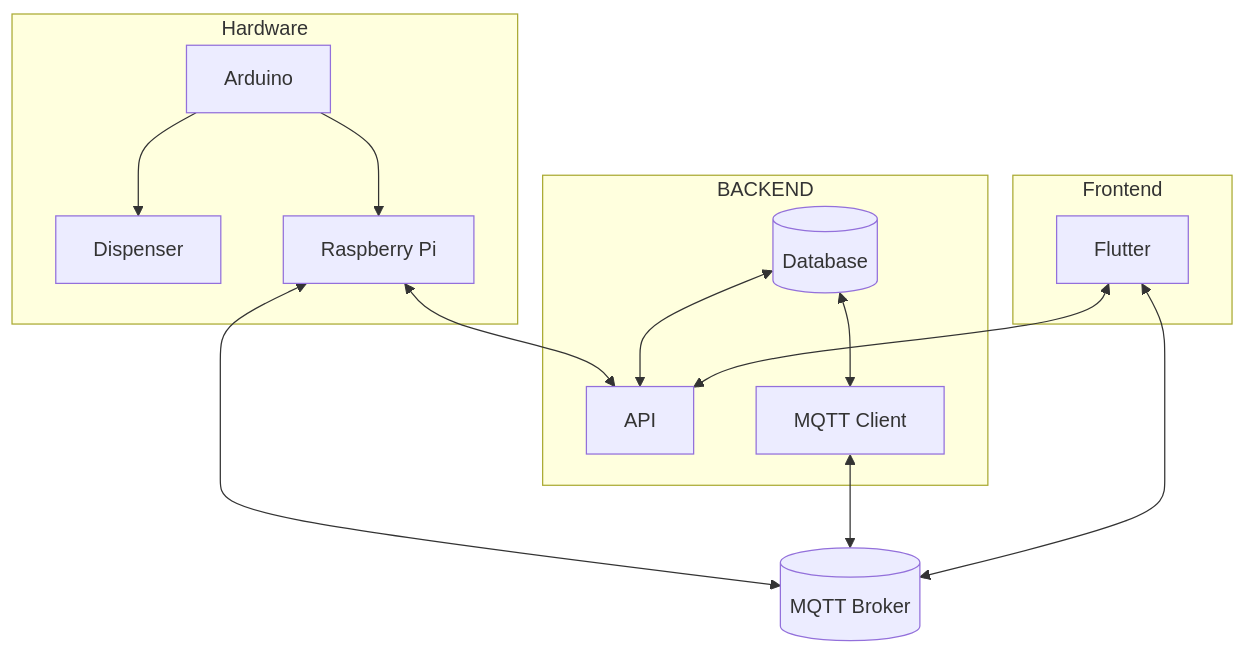
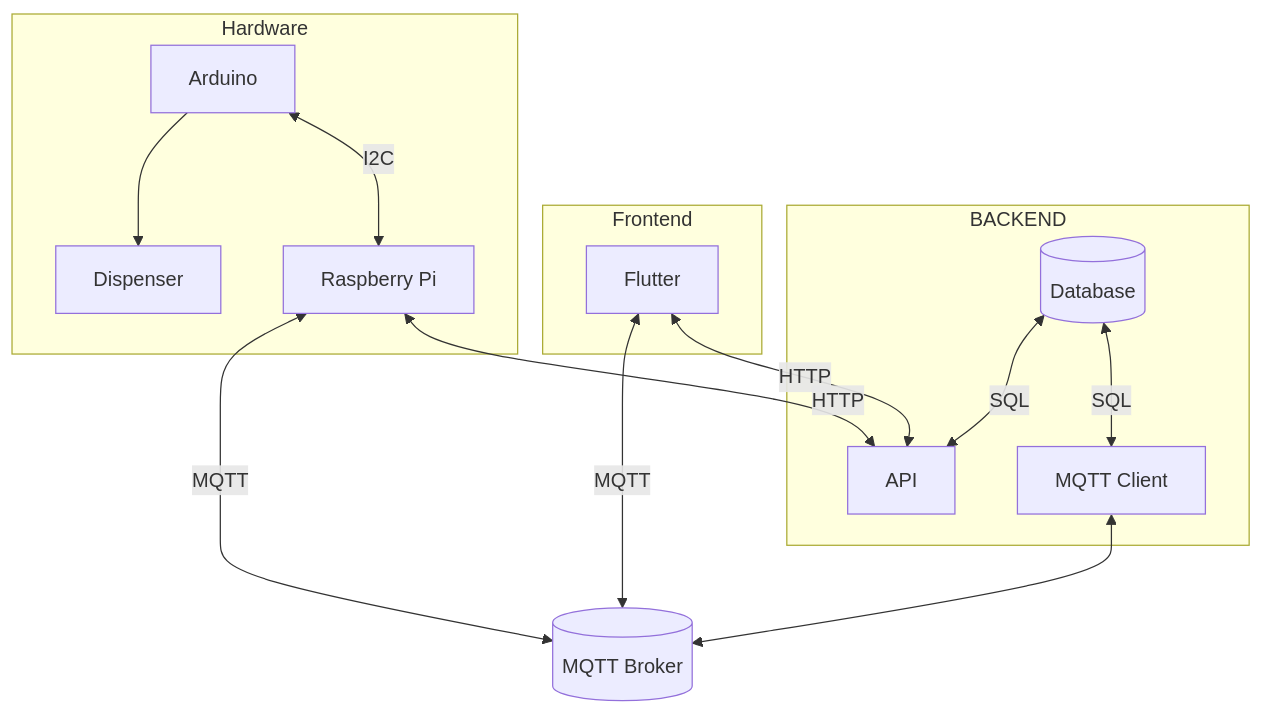
One commit to HealthHubert/.github changed the diagram in profile/README.md. Above: the diagram before and after it, drawn with Mermaid.

````diff
--- a/profile/README.md
+++ b/profile/README.md
@@ -4,36 +4,34 @@
 ```mermaid
 graph TD
     subgraph backend[BACKEND]
         db[(Database)]
         fastapi[API]
         mqttclient[MQTT Client]
     end
 
 
     subgraph hardware[Hardware]
         dispenser[Dispenser]
         arduino[Arduino]
         pi[Raspberry Pi]
     end
 
     subgraph frontend[Frontend]
         flutter[Flutter]
     end
 
     broker[(MQTT Broker)]
 
+    mqttclient <--> broker
+    db <--> |SQL| mqttclient
+    db <--> |SQL| fastapi
+
+    flutter <--> |MQTT| broker
+    flutter <--> |HTTP| fastapi
+
     arduino --> dispenser
-    arduino --> pi
+    arduino <--> |I2C| pi
     
-    pi <--> broker
-    pi <--> fastapi
-    
-    mqttclient <--> broker
-    db <--> mqttclient
-    db <--> fastapi
-    
-    flutter <--> broker
-    flutter <--> fastapi
-
-
+    pi <--> |MQTT| broker
+    pi <--> |HTTP| fastapi
 ```
````
